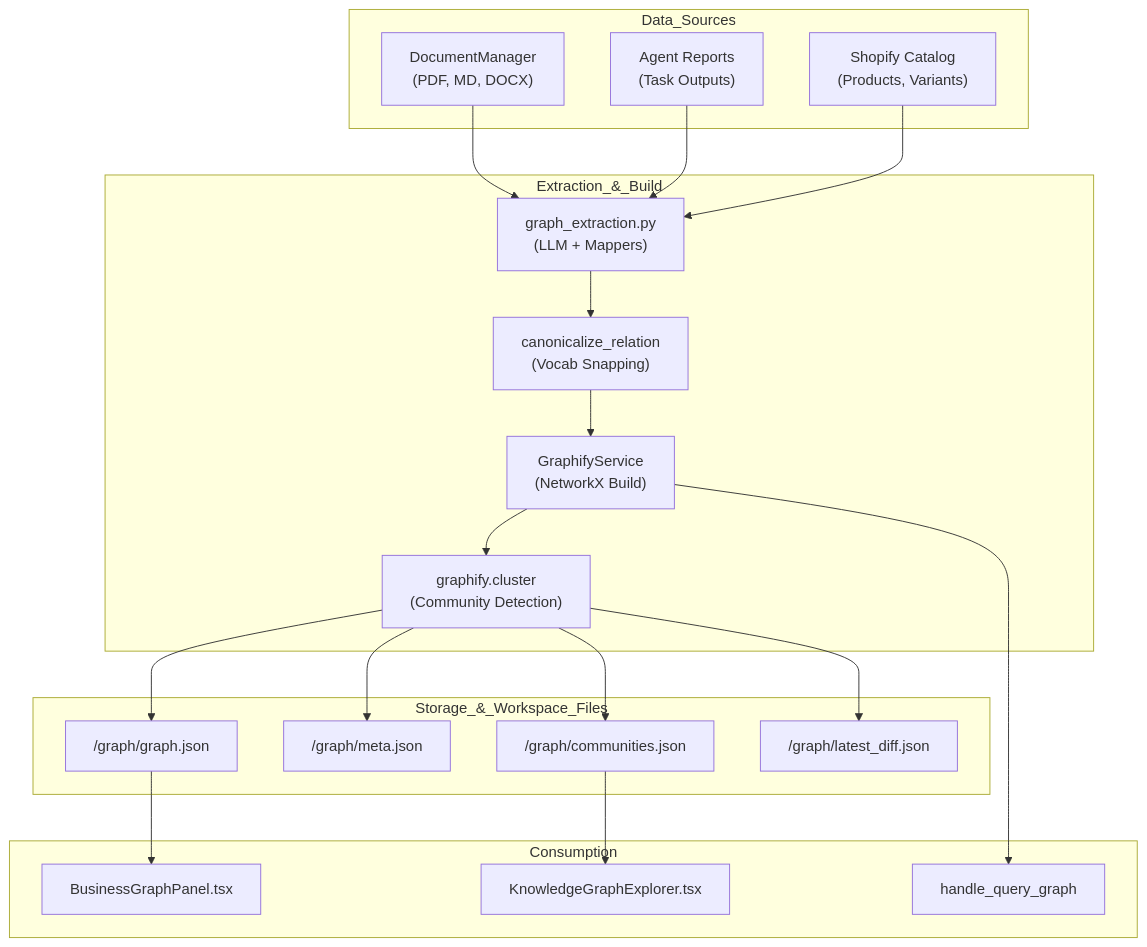
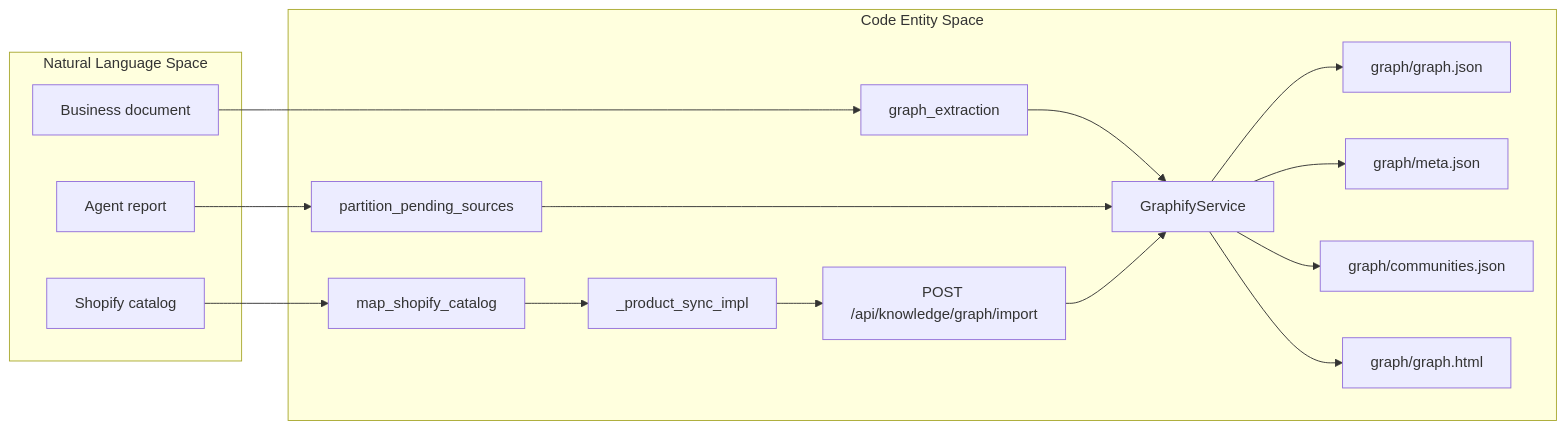
Before and after one commit to AutomatosAI/automatos-ai: the second of 5 diagrams in docs/knowledge-graphs-structured-data/business-knowledge-graph-graphify.md, drawn with Mermaid. The commit also changed other lines of this file and 188 other files, not shown here.

First line of the commit message:
docs: refresh architecture docs and add coverage for new subsystems (#1416)

````diff
--- a/docs/knowledge-graphs-structured-data/business-knowledge-graph-graphify.md
+++ b/docs/knowledge-graphs-structured-data/business-knowledge-graph-graphify.md
@@ -48,43 +108,34 @@
 ```mermaid
-graph TD
-    subgraph "Data_Sources"
-        Docs["DocumentManager<br/>(PDF, MD, DOCX)"]
-        Reports["Agent Reports<br/>(Task Outputs)"]
-        Shopify["Shopify Catalog<br/>(Products, Variants)"]
+flowchart LR
+    subgraph "Natural Language Space"
+        Document["Business document"]
+        Report["Agent report"]
+        Catalog["Shopify catalog"]
     end
 
-    subgraph "Extraction_&_Build"
-        GE["graph_extraction.py<br/>(LLM + Mappers)"]
-        GS["GraphifyService<br/>(NetworkX Build)"]
-        Vocab["canonicalize_relation<br/>(Vocab Snapping)"]
-        Cluster["graphify.cluster<br/>(Community Detection)"]
+    subgraph "Code Entity Space"
+        DocumentExtractor["graph_extraction"]
+        ReportPartition["partition_pending_sources"]
+        CatalogMapper["map_shopify_catalog"]
+        CatalogSync["_product_sync_impl"]
+        GraphService["GraphifyService"]
+        ImportAPI["POST /api/knowledge/graph/import"]
+        GraphFile["graph/graph.json"]
+        MetaFile["graph/meta.json"]
+        CommunitiesFile["graph/communities.json"]
+        HtmlFile["graph/graph.html"]
     end
 
-    subgraph "Storage_&_Workspace_Files"
-        GJSON["/graph/graph.json"]
-        Meta["/graph/meta.json"]
-        Comm["/graph/communities.json"]
-        Diff["/graph/latest_diff.json"]
-    end
-
-    Docs --> GE
-    Reports --> GE
-    Shopify --> GE
-    GE --> Vocab
-    Vocab --> GS
-    GS --> Cluster
-    Cluster --> GJSON
-    Cluster --> Meta
-    Cluster --> Comm
-    Cluster --> Diff
-
-    subgraph "Consumption"
-        UI["BusinessGraphPanel.tsx"]
-        Explorer["KnowledgeGraphExplorer.tsx"]
-        Agent["handle_query_graph"]
-    end
-
-    GJSON --> UI
-    Comm --> Explorer
-    GS --> Agent
+    Document --> DocumentExtractor
+    Report --> ReportPartition
+    Catalog --> CatalogMapper
+    CatalogMapper --> CatalogSync
+    DocumentExtractor --> GraphService
+    ReportPartition --> GraphService
+    CatalogSync --> ImportAPI
+    ImportAPI --> GraphService
+    GraphService --> GraphFile
+    GraphService --> MetaFile
+    GraphService --> CommunitiesFile
+    GraphService --> HtmlFile
 ```
````
